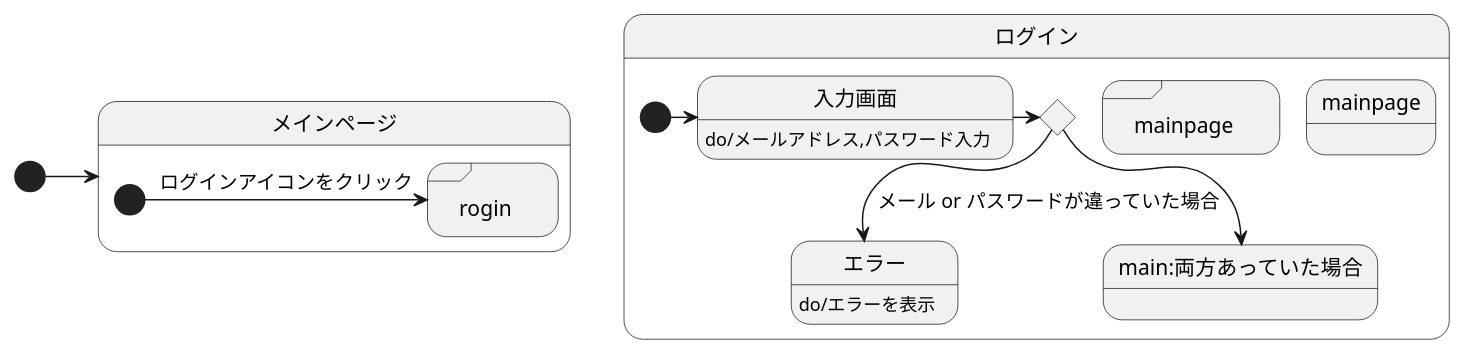
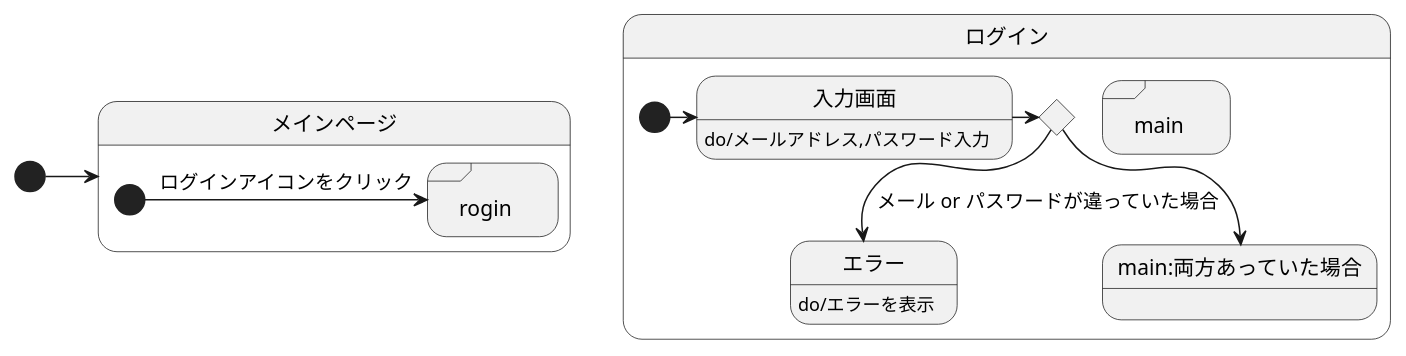
Before and after one commit to akutori/T-D-E: the diagram in UML.md, drawn with PlantUML.

````diff
--- a/UML.md
+++ b/UML.md
@@ -1,24 +1,24 @@
 ```uml
 @startuml
 [*]->メインページ
 state メインページ{
 state "rogin" <<sdlreceive>> 
 state rogin
     [*]-> rogin : ログインアイコンをクリック
 }
 
 
 state ログイン{
 state input <<choice>>
 state "mainpage" as main <<sdlreceive>>
-state mainpage
+state main
 入力画面:do/メールアドレス,パスワード入力
 エラー:do/エラーを表示
     [*]-> 入力画面
     入力画面->input
 
     input -->エラー:メール or パスワードが違っていた場合
     input --> main:両方あっていた場合
 }
 @enduml
 ```
````
